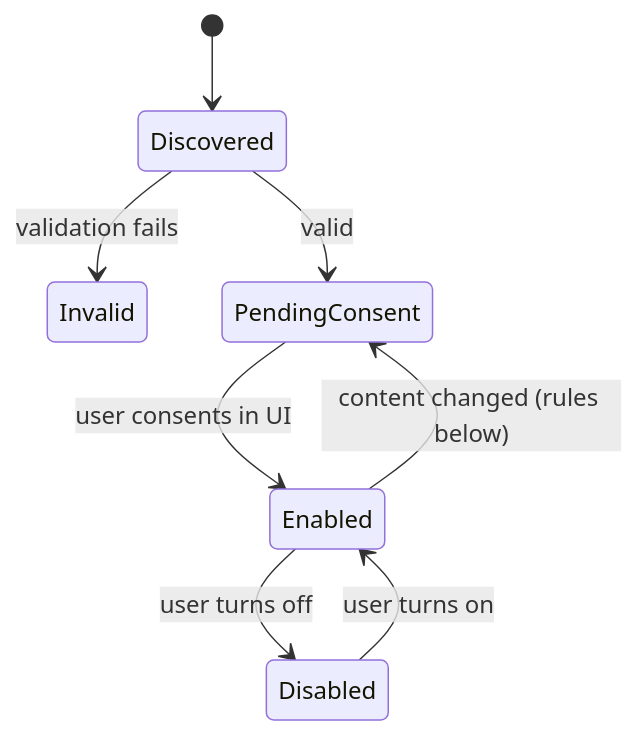
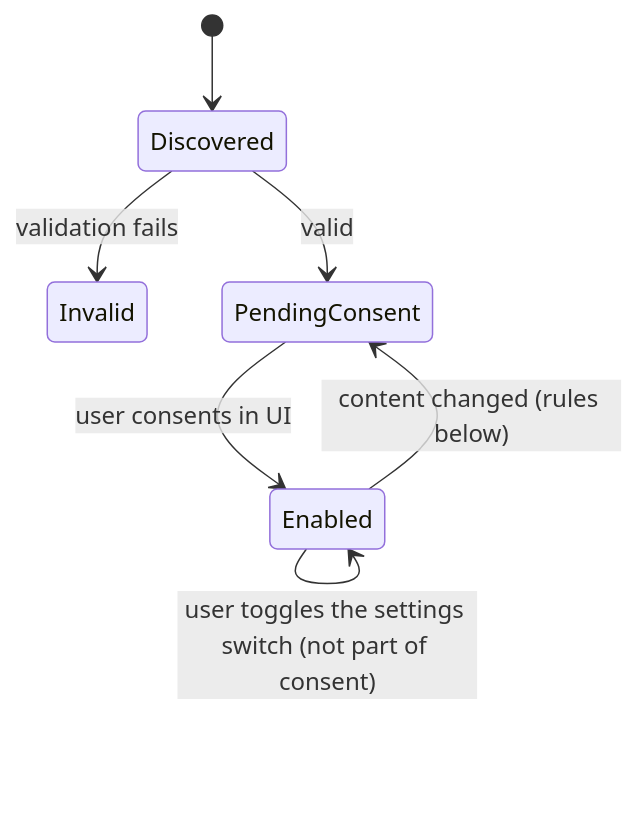
One commit to ThilinaTLM/nerve changed the second of 2 diagrams in docs/proposals/installable-extensions/README.md. Above: the diagram before and after it, drawn with Mermaid. The commit also changed other lines of this file and 52 other files, not shown here.

Commit message:
Extensions: one enabled switch; @nervekit/extension-sdk with nerve-ext CLI, public extension-api/ui-kit, lockstep versions (step 4)

````diff
--- a/docs/proposals/installable-extensions/README.md
+++ b/docs/proposals/installable-extensions/README.md
@@ -132,10 +132,9 @@
 ```mermaid
 stateDiagram-v2
   [*] --> Discovered
   Discovered --> Invalid: validation fails
   Discovered --> PendingConsent: valid
   PendingConsent --> Enabled: user consents in UI
   Enabled --> PendingConsent: content changed (rules below)
-  Enabled --> Disabled: user turns off
-  Disabled --> Enabled: user turns on
+  Enabled --> Enabled: user toggles the settings switch (not part of consent)
 ```
````
